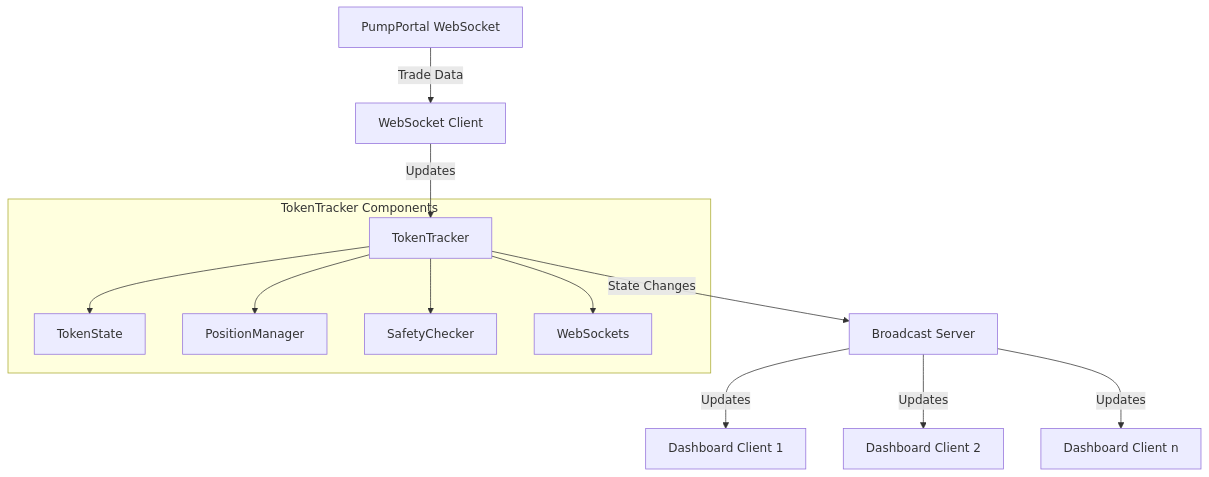
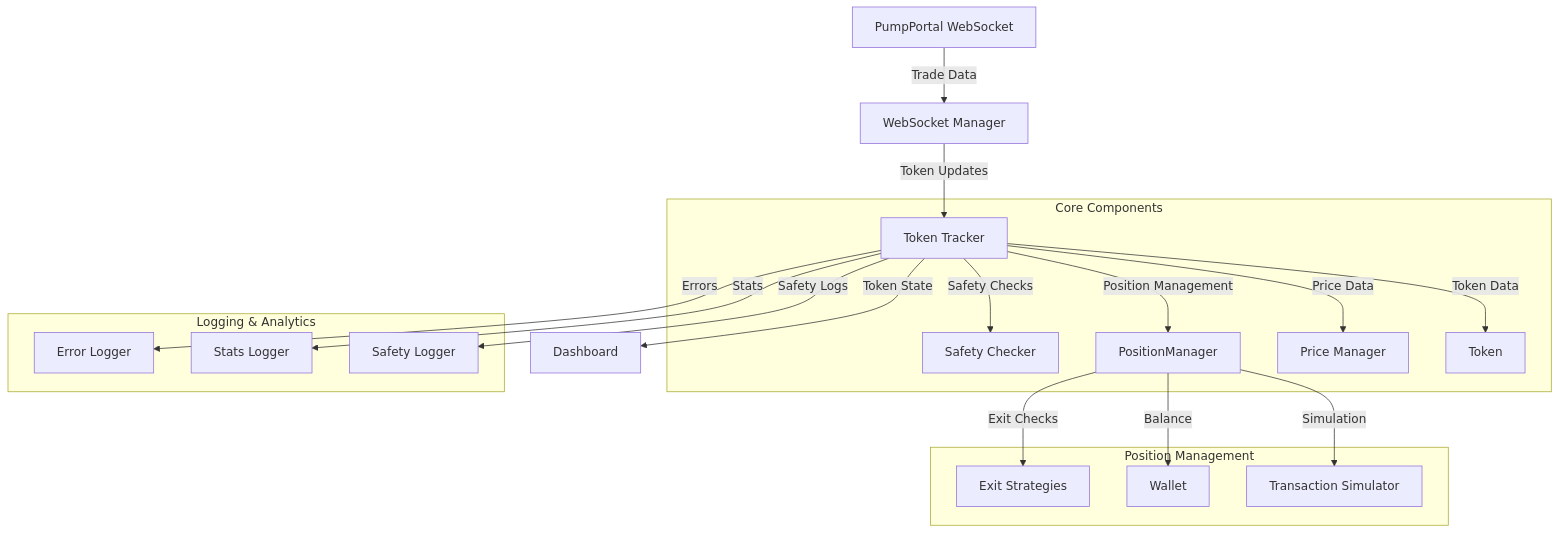
Before and after one commit to proofoftom/money-printer: the first of 2 diagrams in docs/diagrams/Architecture.md, drawn with Mermaid. The commit also changed other lines of this file and 10 other files, not shown here.

````diff
--- a/docs/diagrams/Architecture.md
+++ b/docs/diagrams/Architecture.md
@@ -3,16 +7,25 @@
 ```mermaid
 graph TD
-    PP[PumpPortal WebSocket] -->|Trade Data| WC[WebSocket Client]
-    WC -->|Updates| TT[TokenTracker]
-    TT -->|State Changes| BS[Broadcast Server]
-    BS -->|Updates| D1[Dashboard Client 1]
-    BS -->|Updates| D2[Dashboard Client 2]
-    BS -->|Updates| D3[Dashboard Client n]
+    PP[PumpPortal WebSocket] -->|Trade Data| WM[WebSocket Manager]
+    WM -->|Token Updates| TT[Token Tracker]
+    TT -->|Token State| D[Dashboard]
+    
+    subgraph Core Components
+        TT -->|Safety Checks| SC[Safety Checker]
+        TT -->|Position Management| PM[PositionManager]
+        TT -->|Price Data| PR[Price Manager]
+        TT -->|Token Data| T[Token]
+    end
 
-    subgraph TokenTracker Components
-        TT --> TS[TokenState]
-        TT --> PM[PositionManager]
-        TT --> SC[SafetyChecker]
-        TT --> WS[WebSockets]
+    subgraph Logging & Analytics
+        TT -->|Errors| EL[Error Logger]
+        TT -->|Stats| SL[Stats Logger]
+        TT -->|Safety Logs| SL2[Safety Logger]
+    end
+
+    subgraph Position Management
+        PM -->|Exit Checks| ES[Exit Strategies]
+        PM -->|Balance| W[Wallet]
+        PM -->|Simulation| TS[Transaction Simulator]
     end
 ```
````
